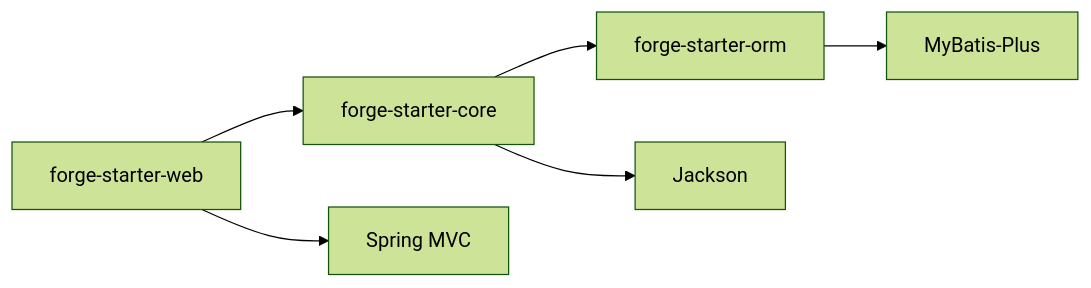
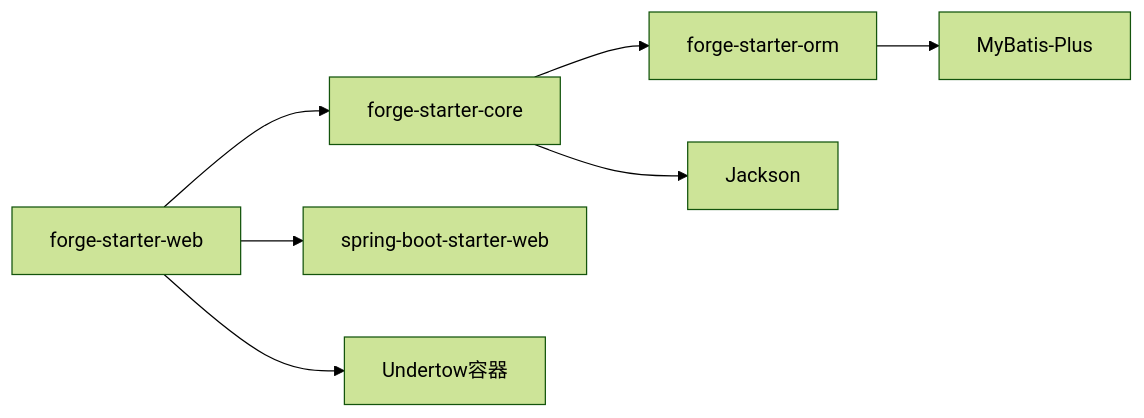
The fifth of 5 diagrams in .qoder/repowiki/zh/content/后端框架详解/核心模块/核心模块.md (yaomindong1996/forge-admin), drawn with Mermaid (forest theme) before and after one commit. The commit also changed other lines of this file and 76 other files, not shown here.

````diff
--- a/.qoder/repowiki/zh/content/后端框架详解/核心模块/核心模块.md
+++ b/.qoder/repowiki/zh/content/后端框架详解/核心模块/核心模块.md
@@ -204,8 +217,9 @@
 ```mermaid
 graph LR
-WEB["forge-starter-web"] --> CORE["forge-starter-core"]
-CORE --> ORM["forge-starter-orm"]
-WEB --> SPRING["Spring MVC"]
+CORE["forge-starter-core"] --> ORM["forge-starter-orm"]
+WEB["forge-starter-web"] --> CORE
+WEB --> SPRINGWEB["spring-boot-starter-web"]
 ORM --> MP["MyBatis-Plus"]
 CORE --> JACKSON["Jackson"]
+WEB --> UNDERTOW["Undertow容器"]
 ```
````
